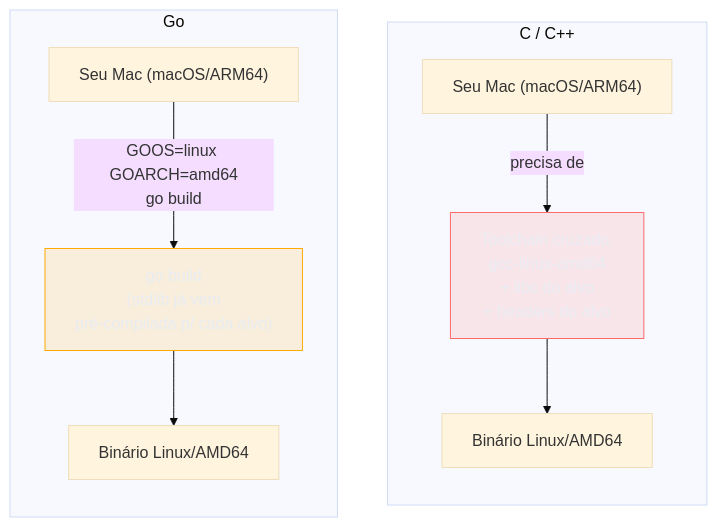
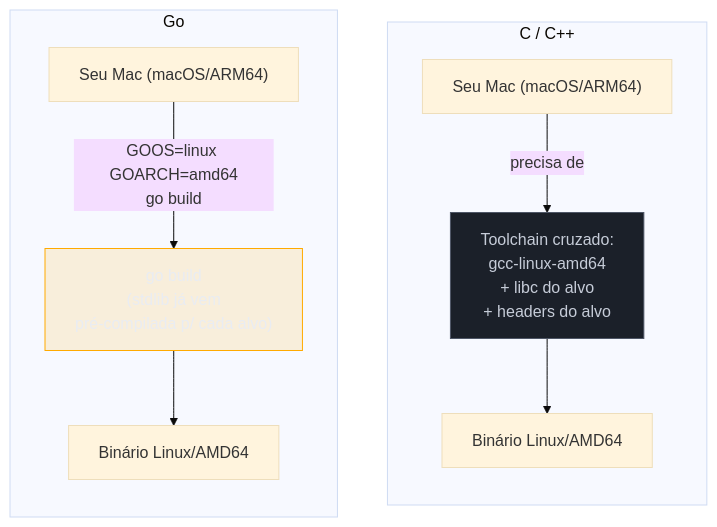
Before and after one commit to josenaldo/codex-technomanticus: the first of 2 diagrams in 03-Dominios/Tecnologia/Go/18 - Cloud-native e produção/02 - Cross-compilation.md, drawn with Mermaid (base theme). The commit also changed 601 other files, not shown here.

````diff
--- a/03-Dominios/Tecnologia/Go/18 - Cloud-native e produção/02 - Cross-compilation.md
+++ b/03-Dominios/Tecnologia/Go/18 - Cloud-native e produção/02 - Cross-compilation.md
@@ -30,18 +30,18 @@
 ```mermaid
 flowchart TB
-    classDef falha fill:#FF6B6B24,stroke:#FF6B6B,color:#E9ECF2
+    classDef neutro fill:#1B2029,stroke:#4E5666,color:#C6CCD8
     classDef destaque fill:#FFAA0024,stroke:#FFAA00,color:#E9ECF2
     subgraph C["C / C++"]
         direction TB
         C1["Seu Mac (macOS/ARM64)"] -->|precisa de| C2["Toolchain cruzado:\ngcc-linux-amd64\n+ libc do alvo\n+ headers do alvo"]
         C2 --> C3["Binário Linux/AMD64"]
     end
     subgraph Go["Go"]
         direction TB
         G1["Seu Mac (macOS/ARM64)"] -->|"GOOS=linux GOARCH=amd64\ngo build"| G2["go build\n(stdlib já vem\npré-compilada p/ cada alvo)"]
         G2 --> G3["Binário Linux/AMD64"]
     end
 
-    class C2 falha
+    class C2 neutro
     class G2 destaque
 ```
````
